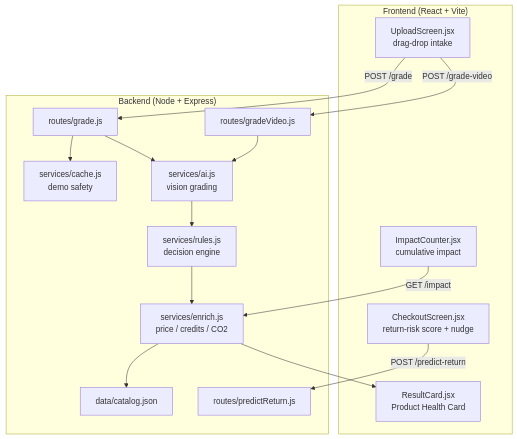
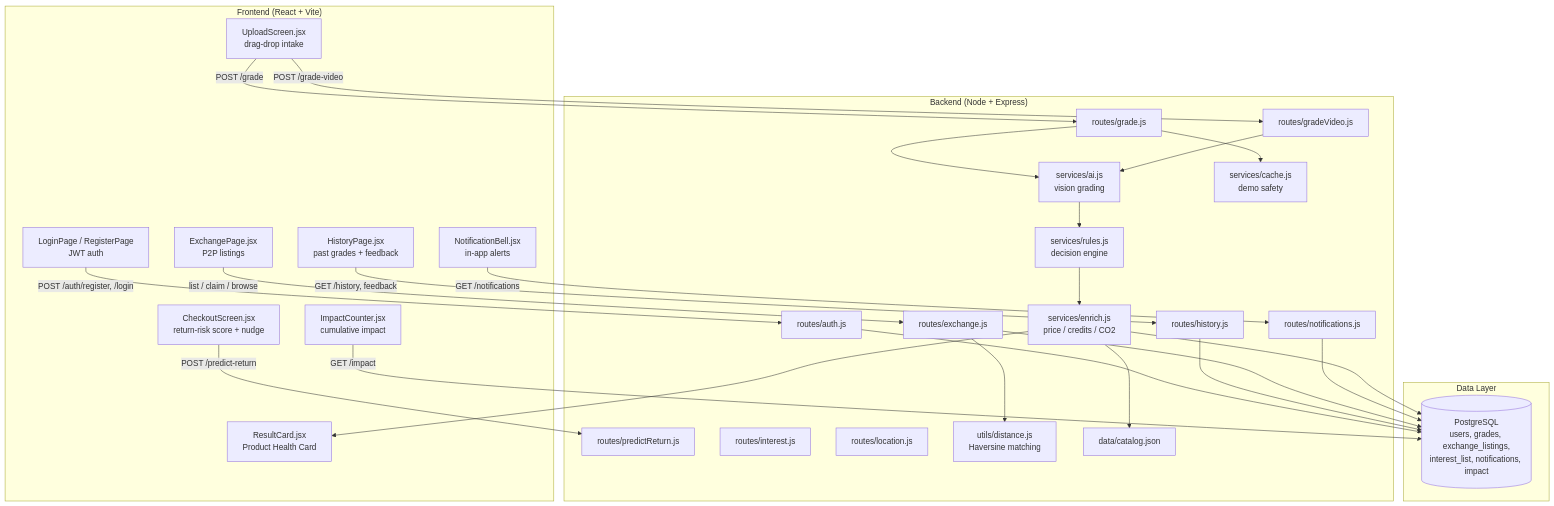
One commit to gauravsharma180/ReLoop-AI changed the first of 3 diagrams in README.md. Above: the diagram before and after it, drawn with Mermaid. The commit also changed other lines of this file, not shown here.

First line of the commit message:
Enhance README with user accounts and exchange features

````diff
--- a/README.md
+++ b/README.md
@@ -21,31 +23,52 @@
 ```mermaid
 flowchart TB
     subgraph Frontend["Frontend (React + Vite)"]
         Upload["UploadScreen.jsx\ndrag-drop intake"]
         Result["ResultCard.jsx\nProduct Health Card"]
         Checkout["CheckoutScreen.jsx\nreturn-risk score + nudge"]
         Impact["ImpactCounter.jsx\ncumulative impact"]
+        Auth["LoginPage / RegisterPage\nJWT auth"]
+        History["HistoryPage.jsx\npast grades + feedback"]
+        Exchange["ExchangePage.jsx\nP2P listings"]
+        Notif["NotificationBell.jsx\nin-app alerts"]
     end
 
     subgraph Backend["Backend (Node + Express)"]
+        AuthRoute["routes/auth.js"]
         GradeRoute["routes/grade.js"]
         GradeVideoRoute["routes/gradeVideo.js"]
         PredictRoute["routes/predictReturn.js"]
+        HistoryRoute["routes/history.js"]
+        ExchangeRoute["routes/exchange.js"]
+        InterestRoute["routes/interest.js"]
+        NotifRoute["routes/notifications.js"]
+        LocationRoute["routes/location.js"]
         AI["services/ai.js\nvision grading"]
         Rules["services/rules.js\ndecision engine"]
         Enrich["services/enrich.js\nprice / credits / CO2"]
         Cache["services/cache.js\ndemo safety"]
+        Distance["utils/distance.js\nHaversine matching"]
         Catalog["data/catalog.json"]
     end
 
+    subgraph Data["Data Layer"]
+        Postgres[("PostgreSQL\nusers, grades, exchange_listings,\ninterest_list, notifications, impact")]
+    end
+
+    Auth -->|"POST /auth/register, /login"| AuthRoute --> Postgres
     Upload -->|"POST /grade"| GradeRoute
     Upload -->|"POST /grade-video"| GradeVideoRoute
     Checkout -->|"POST /predict-return"| PredictRoute
-    Impact -->|"GET /impact"| Enrich
+    Impact -->|"GET /impact"| Postgres
+    History -->|"GET /history, feedback"| HistoryRoute --> Postgres
+    Exchange -->|"list / claim / browse"| ExchangeRoute --> Distance
+    ExchangeRoute --> Postgres
+    Notif -->|"GET /notifications"| NotifRoute --> Postgres
 
     GradeRoute --> Cache
     GradeRoute --> AI --> Rules --> Enrich
     GradeVideoRoute --> AI
     Enrich --> Catalog
+    Enrich --> Postgres
     Enrich --> Result
 ```
````
